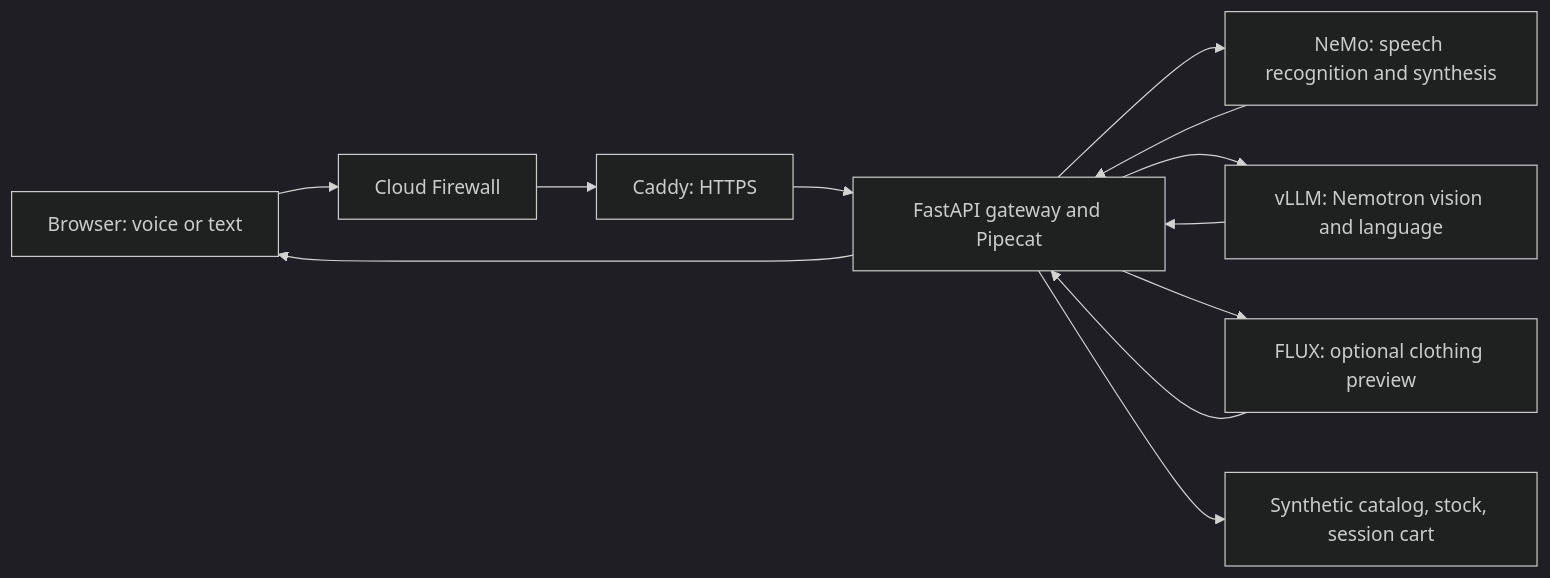
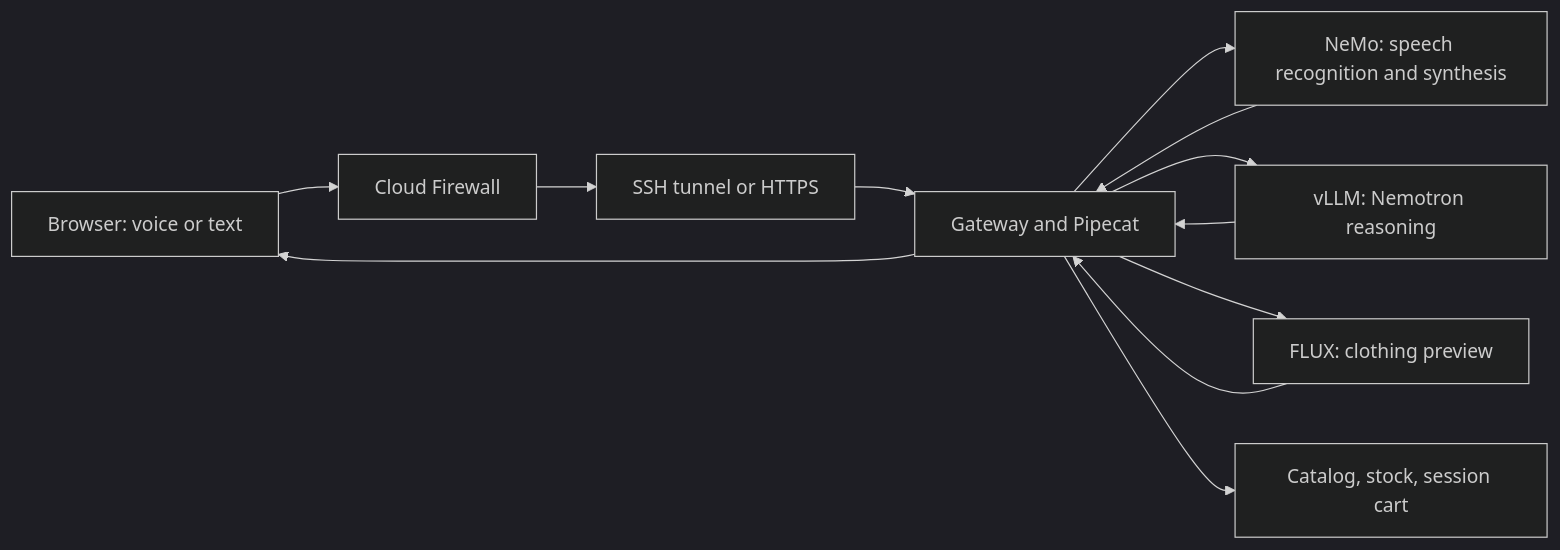
The diagram in README.md (akamai-developers/demo--akamai-retail-voice-agent), drawn with Mermaid (dark theme) before and after one commit. The commit also changed other lines of this file and 65 other files, not shown here.

````diff
--- a/README.md
+++ b/README.md
@@ -34,14 +82,14 @@
 ```mermaid
 flowchart LR
     U[Browser: voice or text] --> F[Cloud Firewall]
-    F --> C[Caddy: HTTPS]
-    C --> G[FastAPI gateway and Pipecat]
+    F --> C[SSH tunnel or HTTPS]
+    C --> G[Gateway and Pipecat]
     G --> S[NeMo: speech recognition and synthesis]
-    G --> V[vLLM: Nemotron vision and language]
-    G --> I[FLUX: optional clothing preview]
-    G --> D[Synthetic catalog, stock, session cart]
+    G --> V[vLLM: Nemotron reasoning]
+    G --> I[FLUX: clothing preview]
+    G --> D[Catalog, stock, session cart]
     S --> G
     V --> G
     I --> G
     G --> U
 ```
````
